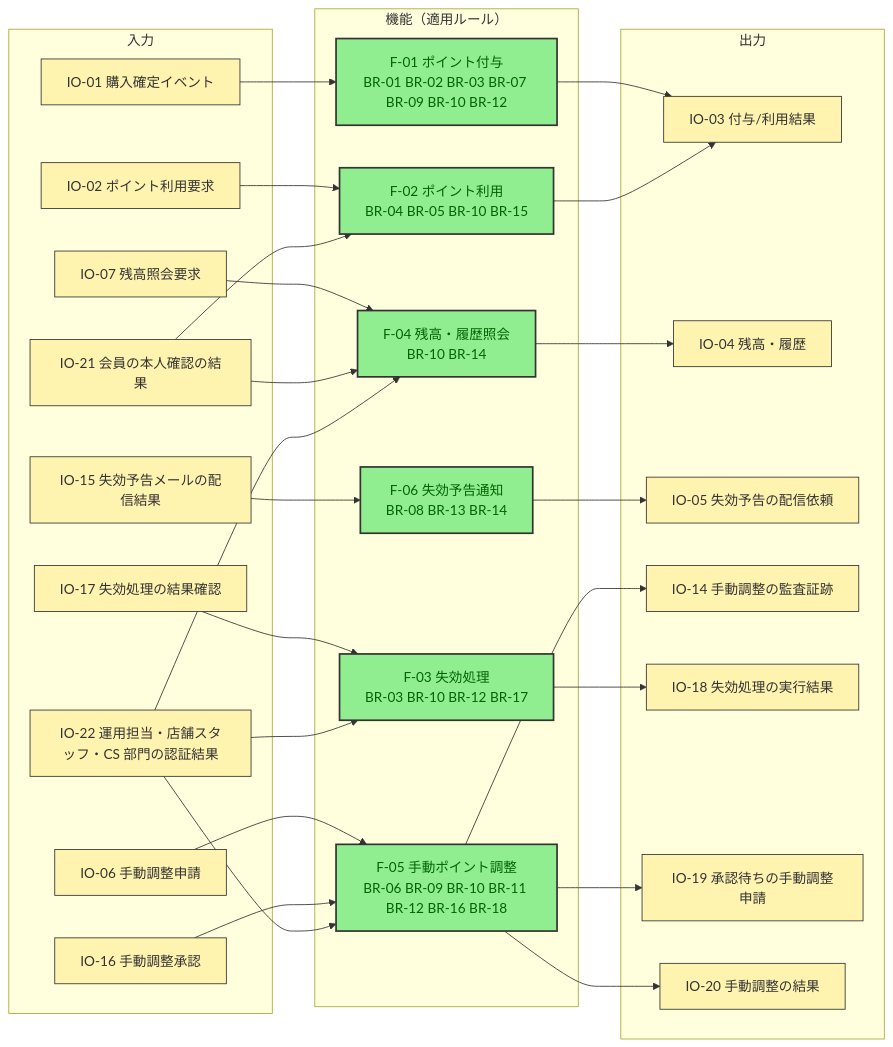
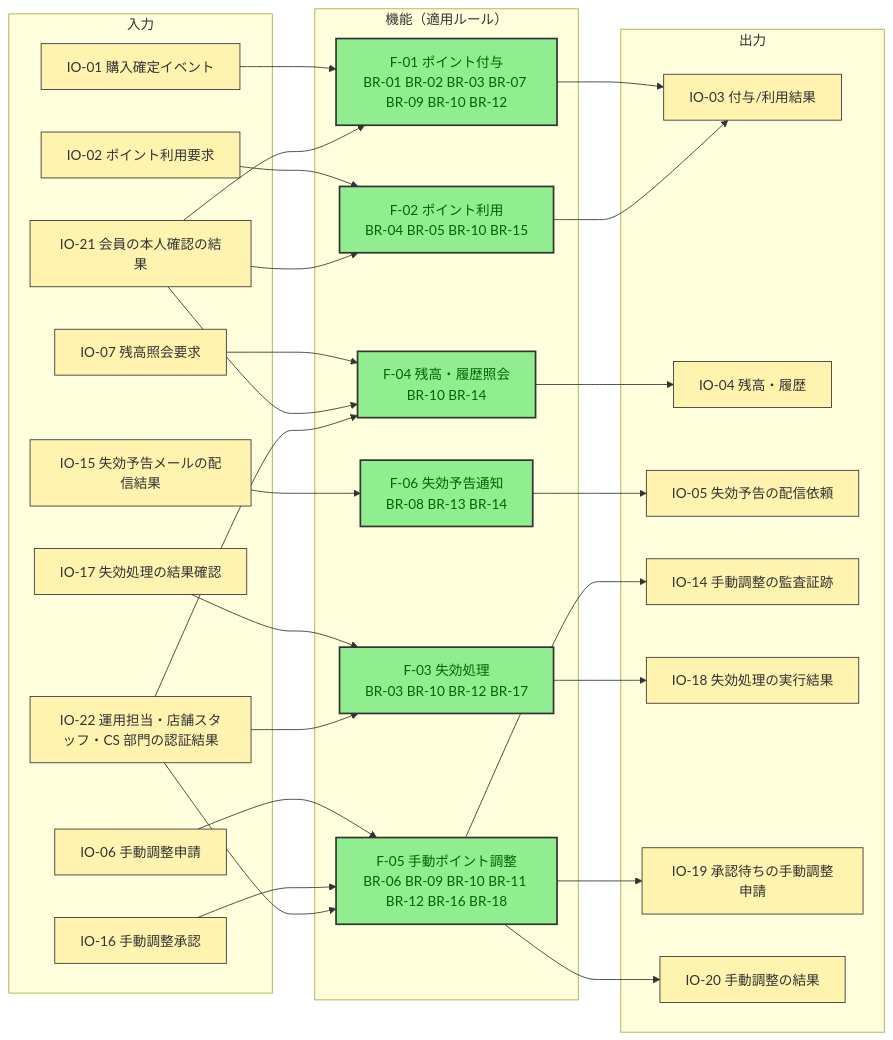
One commit to kasiopeiya/claude-dev-template changed the second of 9 diagrams in samples/docs/requirements-detail.md. Above: the diagram before and after it, drawn with Mermaid. The commit also changed other lines of this file and 1 other file, not shown here.

````diff
--- a/samples/docs/requirements-detail.md
+++ b/samples/docs/requirements-detail.md
@@ -533,55 +529,56 @@
 ```mermaid
 flowchart LR
     subgraph IN["入力"]
         io1["IO-01 購入確定イベント"]
         io2["IO-02 ポイント利用要求"]
         io7["IO-07 残高照会要求"]
         io6["IO-06 手動調整申請"]
         io16["IO-16 手動調整承認"]
         io17["IO-17 失効処理の結果確認"]
         io15["IO-15 失効予告メールの配信結果"]
         io21["IO-21 会員の本人確認の結果"]
         io22["IO-22 運用担当・店舗スタッフ・CS 部門の認証結果"]
     end
 
     subgraph FUNC["機能（適用ルール）"]
         f1["F-01 ポイント付与<br/>BR-01 BR-02 BR-03 BR-07 BR-09 BR-10 BR-12"]
         f2["F-02 ポイント利用<br/>BR-04 BR-05 BR-10 BR-15"]
         f4["F-04 残高・履歴照会<br/>BR-10 BR-14"]
         f5["F-05 手動ポイント調整<br/>BR-06 BR-09 BR-10 BR-11 BR-12 BR-16 BR-18"]
         f3["F-03 失効処理<br/>BR-03 BR-10 BR-12 BR-17"]
         f6["F-06 失効予告通知<br/>BR-08 BR-13 BR-14"]
     end
 
     subgraph OUT["出力"]
         io3["IO-03 付与/利用結果"]
         io4["IO-04 残高・履歴"]
         io5["IO-05 失効予告の配信依頼"]
         io14["IO-14 手動調整の監査証跡"]
         io18["IO-18 失効処理の実行結果"]
         io19["IO-19 承認待ちの手動調整申請"]
         io20["IO-20 手動調整の結果"]
     end
 
     io1 --> f1 --> io3
     io2 --> f2 --> io3
     io7 --> f4 --> io4
     io6 --> f5 --> io20
     f5 --> io19
     io16 --> f5
     io17 --> f3
     f5 --> io14
     f3 --> io18
     f6 --> io5
     io15 --> f6
+    io21 --> f1
     io21 --> f2
     io21 --> f4
     io22 --> f3
     io22 --> f4
     io22 --> f5
 
     classDef io fill:#FFF3B0,stroke:#333,stroke-width:1px,color:#333
     classDef func fill:#90EE90,stroke:#333,stroke-width:2px,color:darkgreen
     class io1,io2,io6,io7,io15,io16,io17,io21,io22,io3,io4,io5,io14,io18,io19,io20 io
     class f1,f2,f3,f4,f5,f6 func
 ```
````
